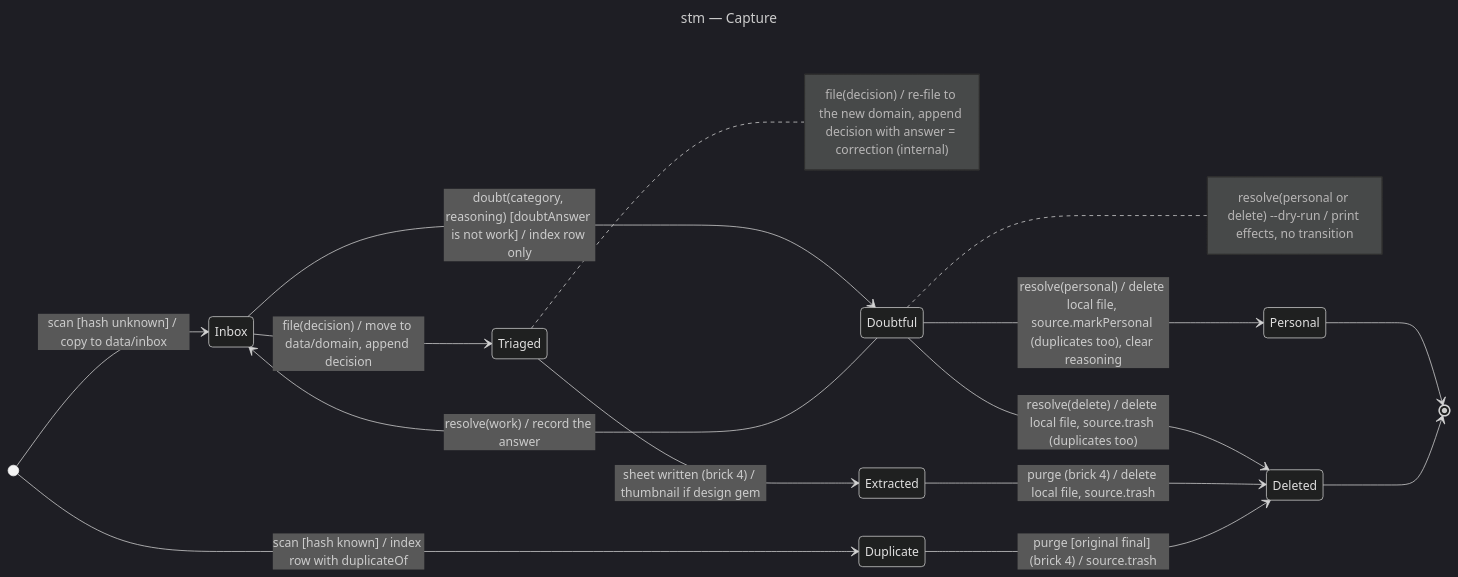
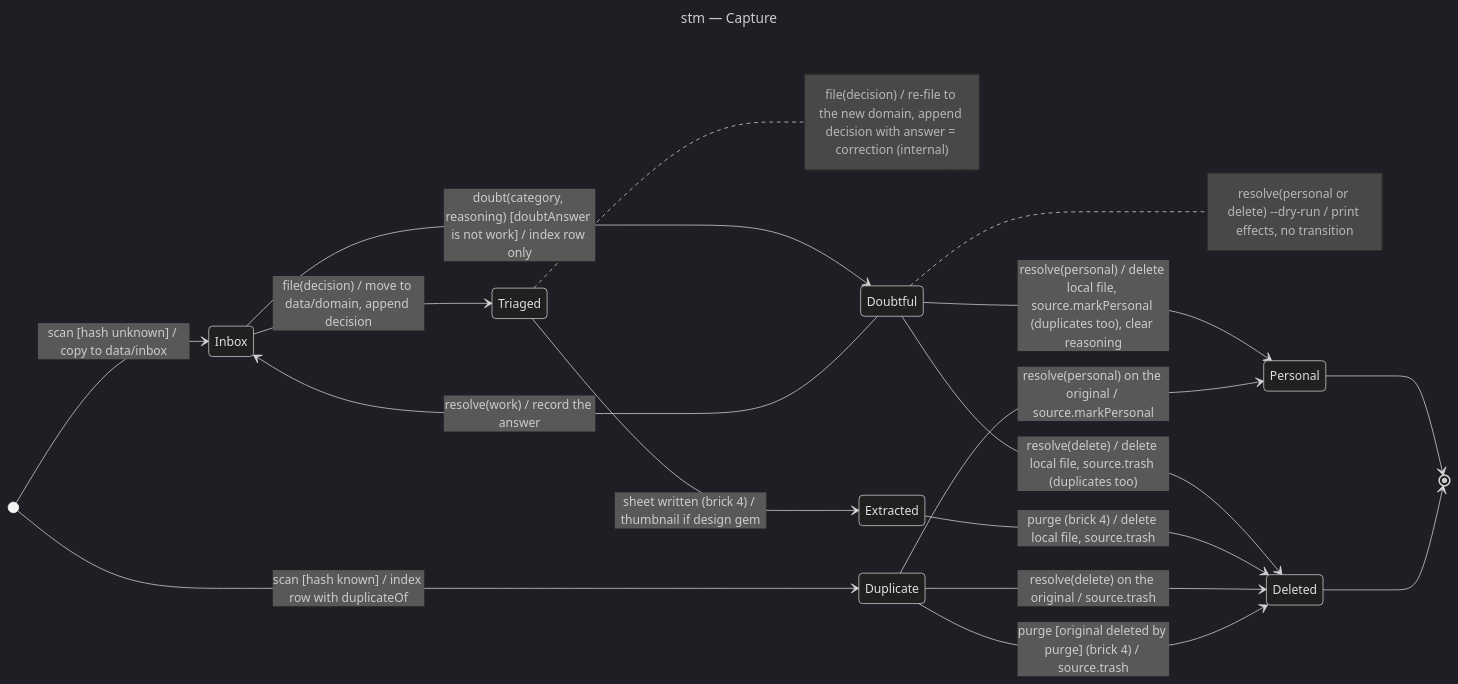
One commit to benoit-bremaud/screenshot-triage changed the diagram in docs/architecture/diagrams/triage/05-state-capture.md. Above: the diagram before and after it, drawn with Mermaid (dark theme). The commit also changed other lines of this file and 7 other files, not shown here.

First line of the commit message:
docs(triage/architecture): settle duplicate rows and whitelist the copy extension

````diff
--- a/docs/architecture/diagrams/triage/05-state-capture.md
+++ b/docs/architecture/diagrams/triage/05-state-capture.md
@@ -13,25 +13,27 @@
 ```mermaid
 ---
 title: stm — Capture
 ---
 stateDiagram-v2
   direction LR
   [*] --> Inbox: scan [hash unknown] / copy to data/inbox
   [*] --> Duplicate: scan [hash known] / index row with duplicateOf
   Inbox --> Triaged: file(decision) / move to data/domain, append decision
   Inbox --> Doubtful: doubt(category, reasoning) [doubtAnswer is not work] / index row only
   Doubtful --> Inbox: resolve(work) / record the answer
   Doubtful --> Personal: resolve(personal) / delete local file, source.markPersonal (duplicates too), clear reasoning
   Doubtful --> Deleted: resolve(delete) / delete local file, source.trash (duplicates too)
   Triaged --> Extracted: sheet written (brick 4) / thumbnail if design gem
   Extracted --> Deleted: purge (brick 4) / delete local file, source.trash
-  Duplicate --> Deleted: purge [original final] (brick 4) / source.trash
+  Duplicate --> Personal: resolve(personal) on the original / source.markPersonal
+  Duplicate --> Deleted: resolve(delete) on the original / source.trash
+  Duplicate --> Deleted: purge [original deleted by purge] (brick 4) / source.trash
   Personal --> [*]
   Deleted --> [*]
   note right of Triaged
     file(decision) / re-file to the new domain, append decision with answer = correction (internal)
   end note
   note right of Doubtful
     resolve(personal or delete) --dry-run / print effects, no transition
   end note
 ```
````
